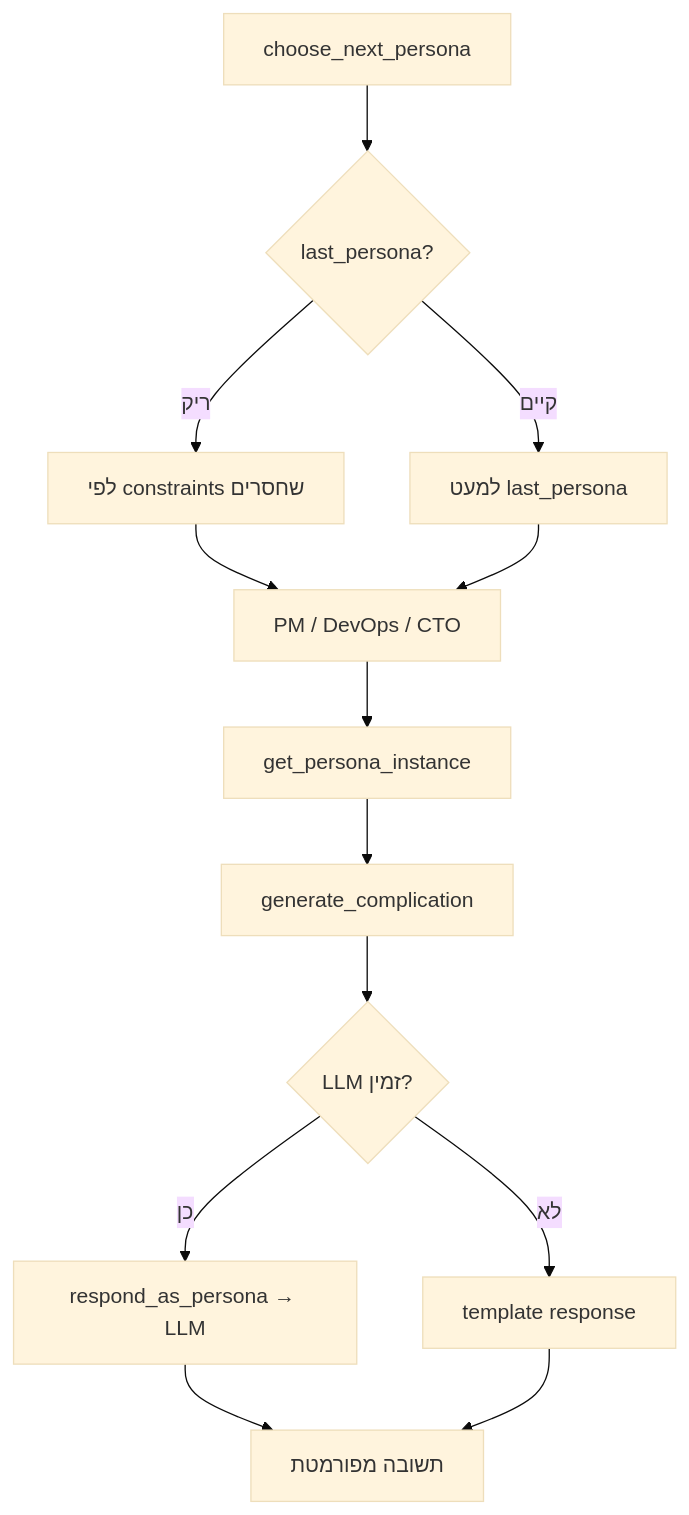
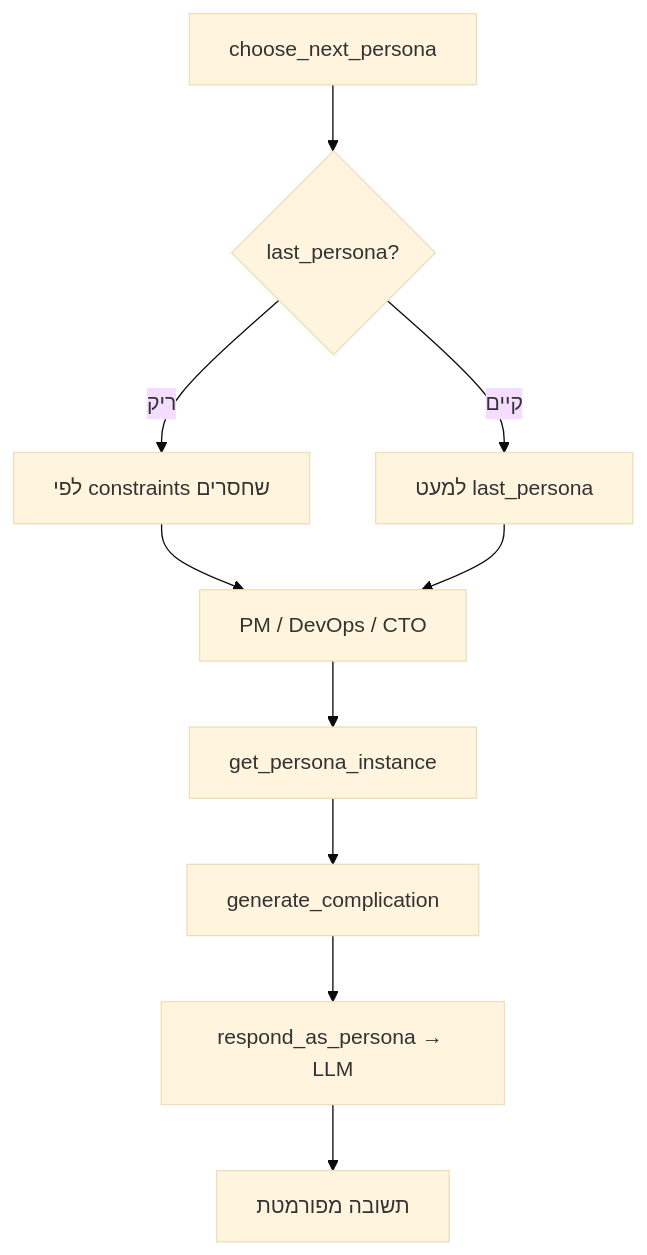
Before and after one commit to Sara-Ayash/CloudMigrationSimulationAgent: the seventh of 9 diagrams in docs/FLOW_DIAGRAM.md, drawn with Mermaid (base theme). The commit also changed other lines of this file and 2 other files, not shown here.

Commit message:
Update README and documentation to reflect GUI-only operation, enhance usage examples, and clarify API key requirements. Improve flow diagrams to illustrate simulation processes and evaluation feedback animations.

````diff
--- a/docs/FLOW_DIAGRAM.md
+++ b/docs/FLOW_DIAGRAM.md
@@ -140,15 +140,12 @@
 ```mermaid
 flowchart TD
     A[choose_next_persona] --> B{last_persona?}
     B -->|ריק| C[לפי constraints שחסרים]
     B -->|קיים| D[למעט last_persona]
     C --> E[PM / DevOps / CTO]
     D --> E
     E --> F[get_persona_instance]
     F --> G[generate_complication]
-    G --> H{LLM זמין?}
-    H -->|כן| I[respond_as_persona → LLM]
-    H -->|לא| J[template response]
-    I --> K[תשובה מפורמטת]
-    J --> K
+    G --> H[respond_as_persona → LLM]
+    H --> I[תשובה מפורמטת]
 ```
````
